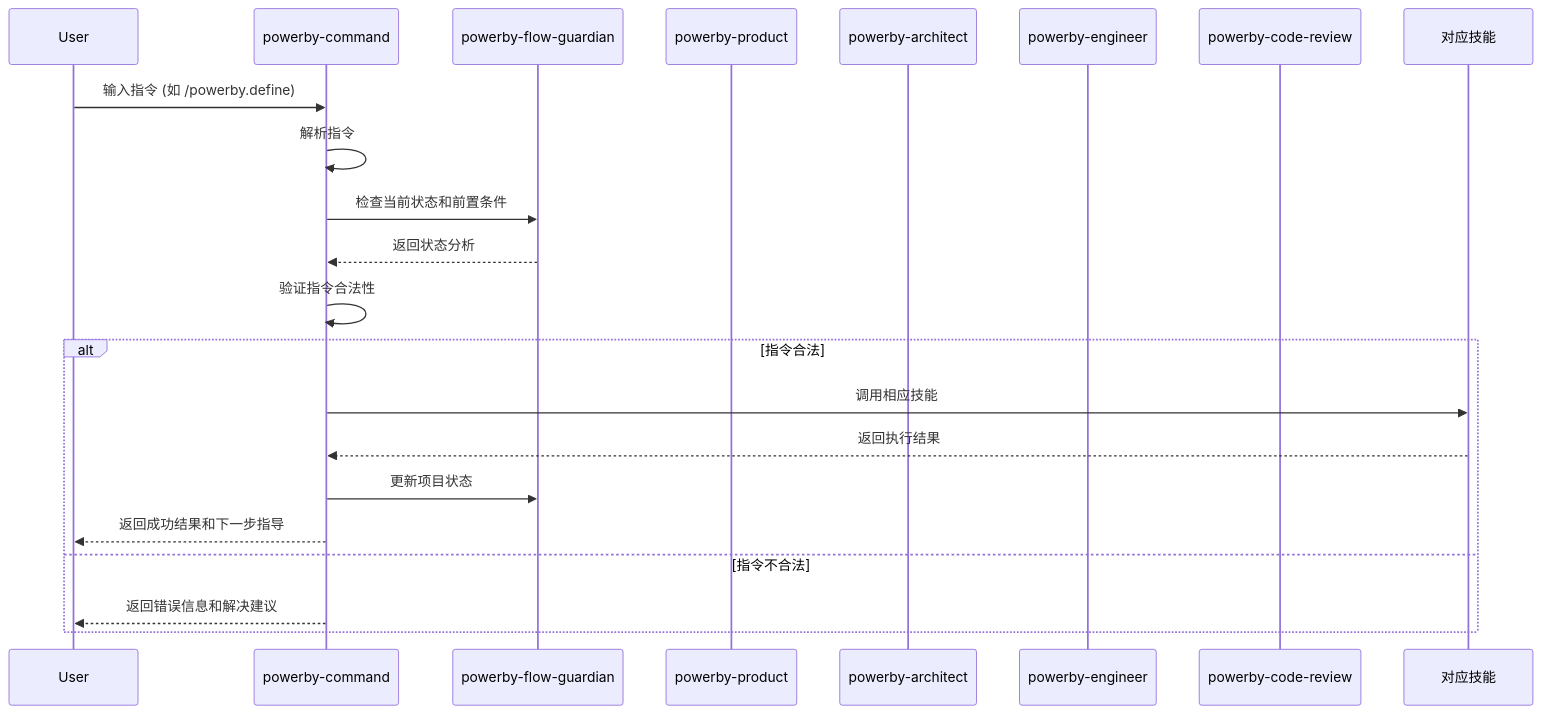
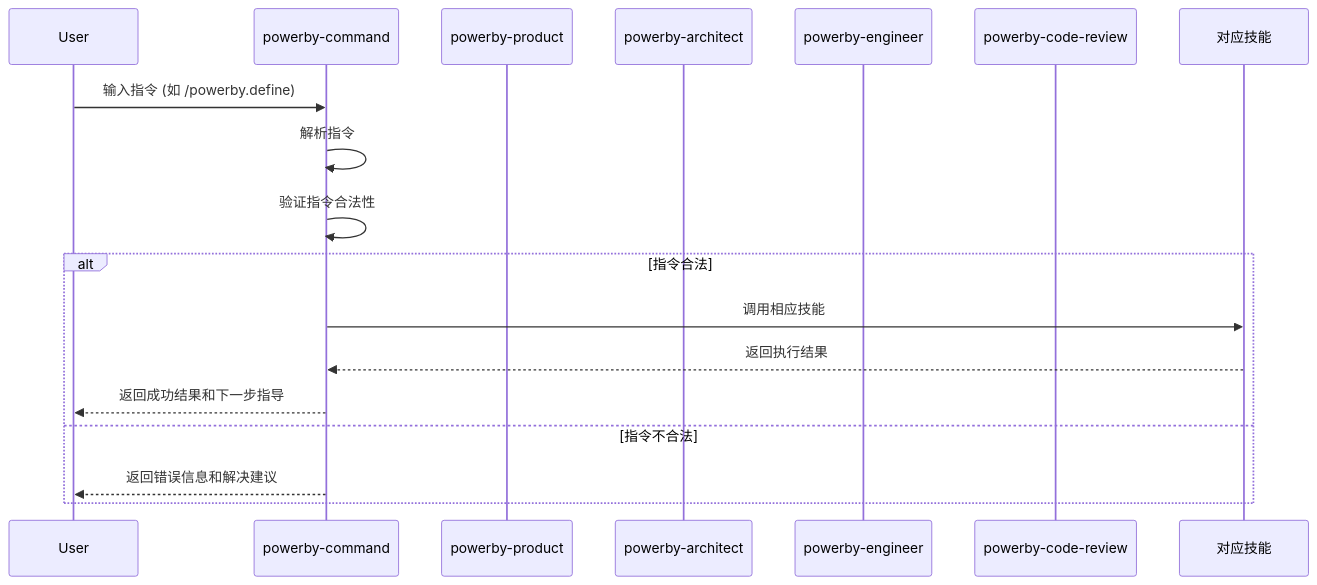
Before and after one commit to chenchiyuan/powerby-skills: the third of 3 diagrams in README.md, drawn with Mermaid. The commit also changed other lines of this file and 2838 other files, not shown here.

````diff
--- a/README.md
+++ b/README.md
@@ -310,25 +304,21 @@
 ```mermaid
 sequenceDiagram
     participant User
     participant CMD as powerby-command
-    participant FG as powerby-flow-guardian
     participant PM as powerby-product
     participant ARCH as powerby-architect
     participant ENG as powerby-engineer
     participant CR as powerby-code-review
 
     User->>CMD: 输入指令 (如 /powerby.define)
     CMD->>CMD: 解析指令
-    CMD->>FG: 检查当前状态和前置条件
-    FG-->>CMD: 返回状态分析
     CMD->>CMD: 验证指令合法性
 
     alt 指令合法
         CMD->>对应技能: 调用相应技能
         对应技能-->>CMD: 返回执行结果
-        CMD->>FG: 更新项目状态
         CMD-->>User: 返回成功结果和下一步指导
     else 指令不合法
         CMD-->>User: 返回错误信息和解决建议
     end
 ```
````
